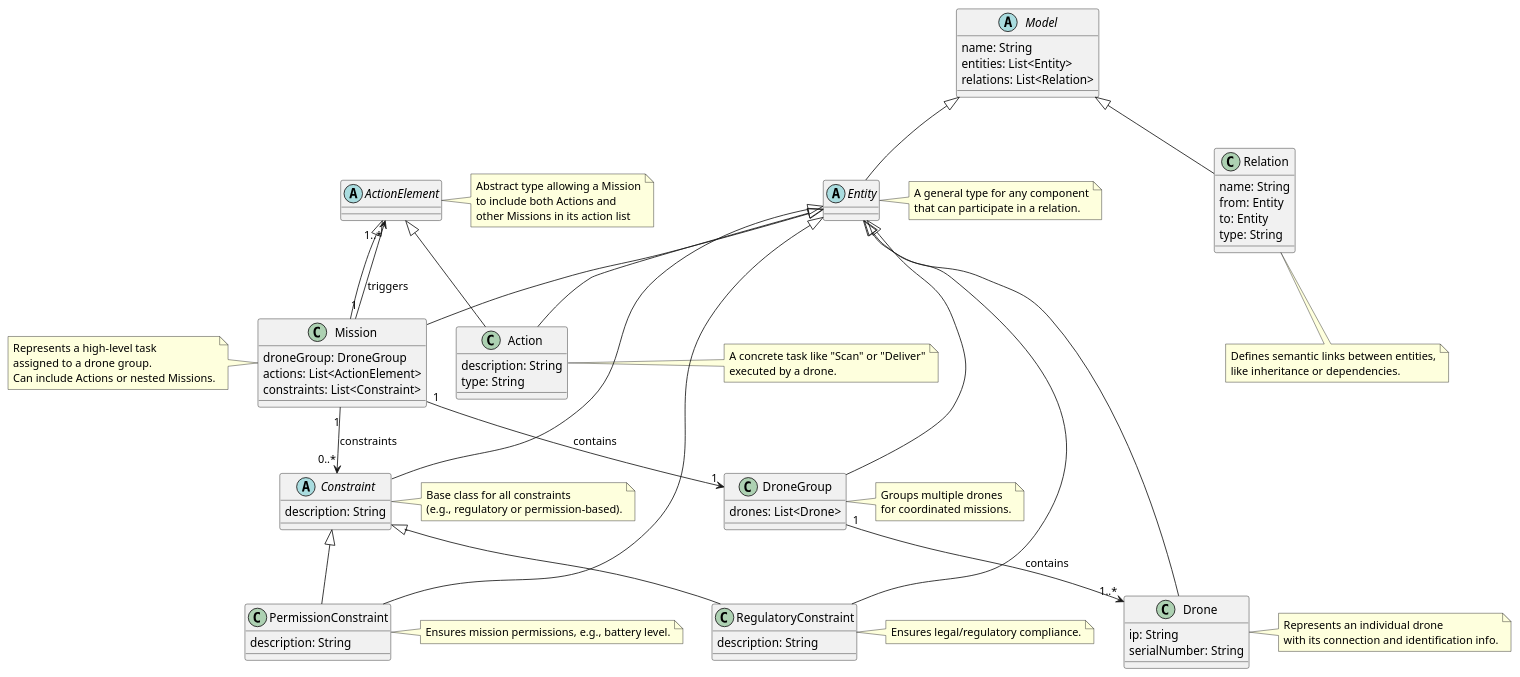
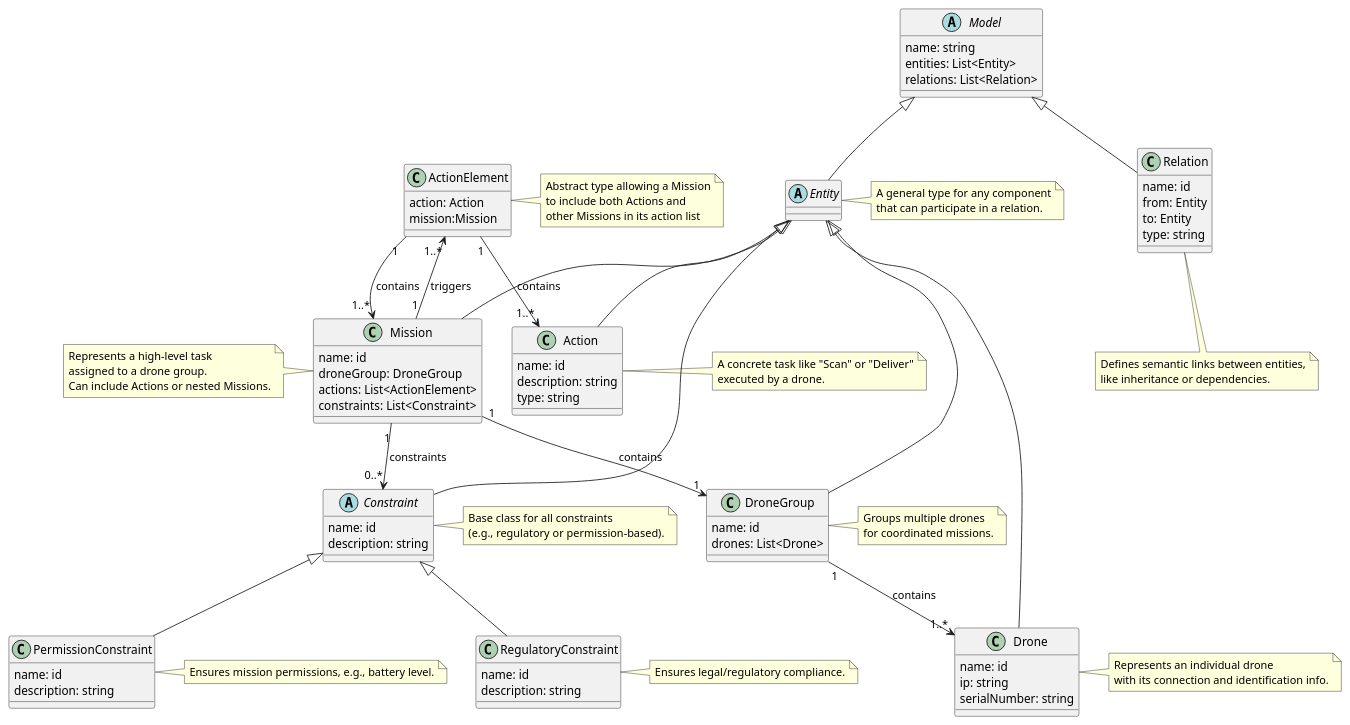
Before and after one commit to Muhammed-als/Group-M-Drones-MBSD: the diagram in Metamodeling/metamodel_Final.puml, drawn with PlantUML. The commit also changed 71 other files, not shown here.

```diff
--- a/Metamodeling/metamodel_Final.puml
+++ b/Metamodeling/metamodel_Final.puml
@@ -1,118 +1,125 @@
 @startuml
 
 ' === Abstract/Interface Types ===
-abstract class ActionElement
+class ActionElement {
+  action: Action
+  mission:Mission
+}
 note right of ActionElement
   Abstract type allowing a Mission
   to include both Actions and
   other Missions in its action list
 end note
 
 ' === Concrete Classes ===
 class Mission {
+    name: id
     droneGroup: DroneGroup
     actions: List<ActionElement>
     constraints: List<Constraint>
 }
 note left of Mission
   Represents a high-level task
   assigned to a drone group.
   Can include Actions or nested Missions.
 end note
 
 class DroneGroup {
+    name: id
     drones: List<Drone>
 }
 note right of DroneGroup
   Groups multiple drones
   for coordinated missions.
 end note
 
 class Drone {
-    ip: String
-    serialNumber: String
+    name: id
+    ip: string
+    serialNumber: string
 }
 note right of Drone
   Represents an individual drone
   with its connection and identification info.
 end note
 
 class Action {
-    description: String
-    type: String
+    name: id
+    description: string
+    type: string
 }
 note right of Action
   A concrete task like "Scan" or "Deliver"
   executed by a drone.
 end note
 
 abstract Constraint {
-    description: String
+    name: id
+    description: string
 }
 note right of Constraint
   Base class for all constraints
   (e.g., regulatory or permission-based).
 end note
 
 class PermissionConstraint {
-    description: String
+    name: id
+    description: string
 }
 note right of PermissionConstraint
   Ensures mission permissions, e.g., battery level.
 end note
 
 class RegulatoryConstraint {
-    description: String
+    name: id
+    description: string
 }
 note right of RegulatoryConstraint
   Ensures legal/regulatory compliance.
 end note
 
 class Relation {
-    name: String
+    name: id
     from: Entity
     to: Entity
-    type: String
+    type: string
 }
 note bottom of Relation
   Defines semantic links between entities,
   like inheritance or dependencies.
 end note
 
 abstract class Entity
 note right of Entity
   A general type for any component
   that can participate in a relation.
 end note
 
 abstract class Model {
-  name: String
+  name: string
   entities: List<Entity>
   relations: List<Relation>
 }
 
 Model <|-- Entity
 Model <|-- Relation
 
-' === Inheritance ===
-ActionElement <|-- Mission
-ActionElement <|-- Action
 
 Constraint <|-- PermissionConstraint
 Constraint <|-- RegulatoryConstraint
 
 Entity <|-- Mission
 Entity <|-- DroneGroup
 Entity <|-- Drone
 Entity <|-- Action
 Entity <|-- Constraint
-Entity <|-- PermissionConstraint
-Entity <|-- RegulatoryConstraint
 
 ' === Relationships ===
 Mission "1" --> "1" DroneGroup : contains
 Mission "1" --> "1..*" ActionElement : triggers
 Mission "1" --> "0..*" Constraint : constraints
 DroneGroup "1" --> "1..*" Drone : contains
+ActionElement "1" --> "1..*" Mission : contains
+ActionElement "1" --> "1..*" Action : contains
 
 @enduml
```
